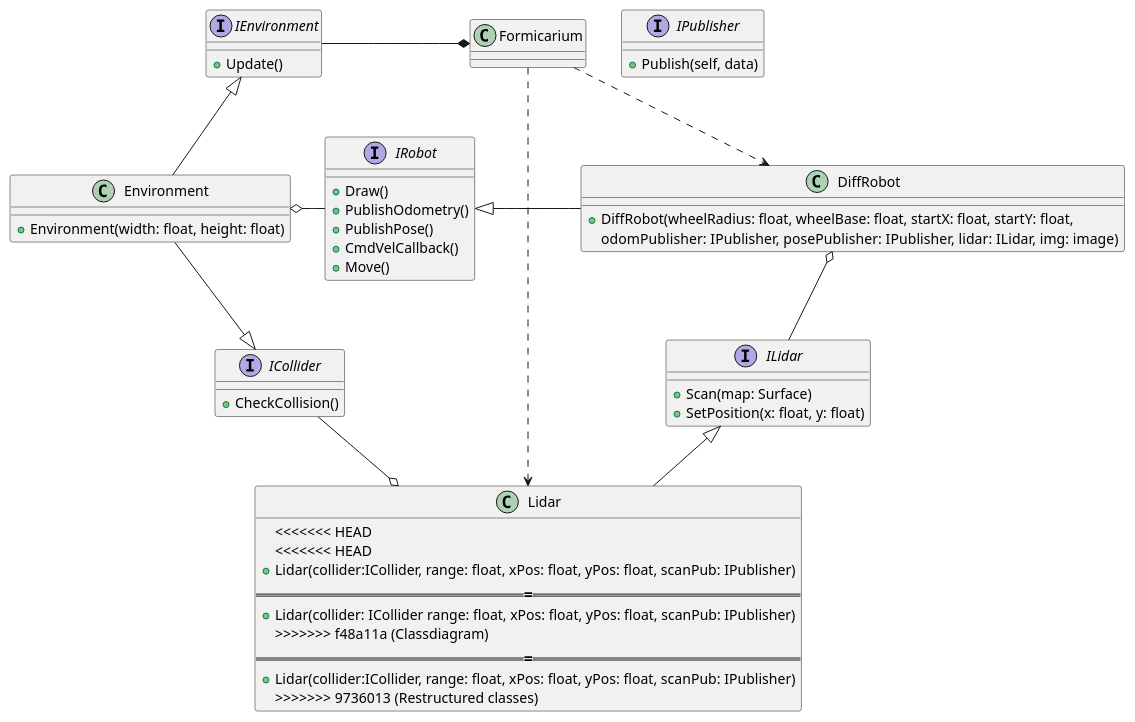
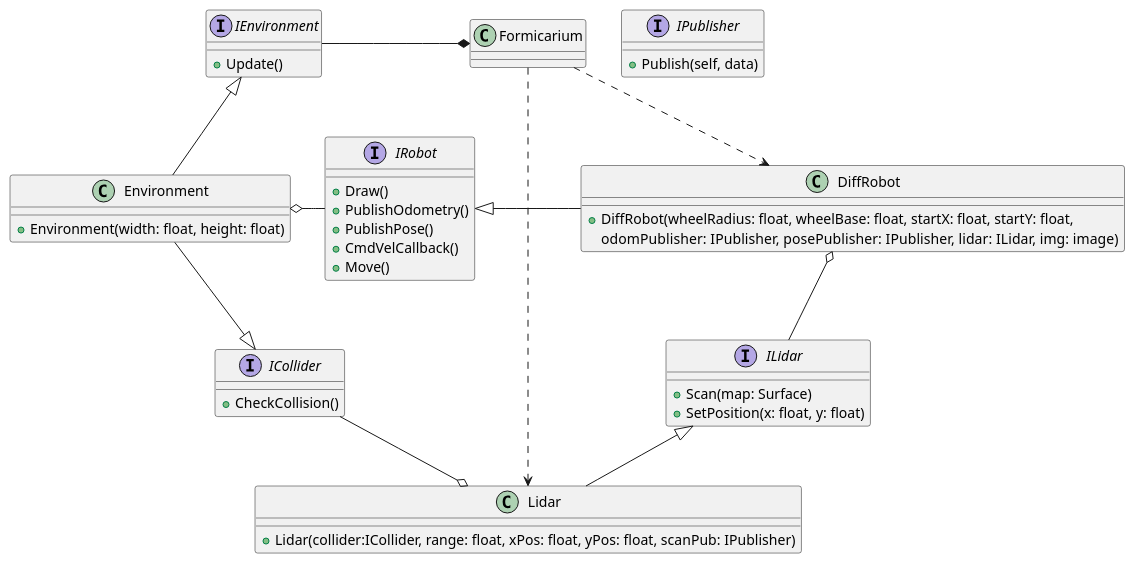
One commit to TeamSolenopsis/Formicarium changed the diagram in design/Classdiagram.puml. Above: the diagram before and after it, drawn with PlantUML. The commit also changed 5 other files, not shown here.

```diff
--- a/design/Classdiagram.puml
+++ b/design/Classdiagram.puml
@@ -1,68 +1,60 @@
 @startuml
 
 class Formicarium{
 
 }
 
 interface IEnvironment{
     +Update()
 }
 
 interface ICollider{
     +CheckCollision()
 }
 
 class Environment{
     +Environment(width: float, height: float)
 }
 
 interface IPublisher{
     +Publish(self, data)
 }
 
 interface IRobot{
     +Draw()
     +PublishOdometry()
     +PublishPose()
     +CmdVelCallback()
     +Move()
 }
 
 class DiffRobot{
     +DiffRobot(wheelRadius: float, wheelBase: float, startX: float, startY: float,
                  odomPublisher: IPublisher, posePublisher: IPublisher, lidar: ILidar, img: image)
 }
 
 interface ILidar{
     +Scan(map: Surface)
     +SetPosition(x: float, y: float)
 }
 
 class Lidar{
-<<<<<<< HEAD
-<<<<<<< HEAD
     +Lidar(collider:ICollider, range: float, xPos: float, yPos: float, scanPub: IPublisher)
-=======
-    +Lidar(collider: ICollider range: float, xPos: float, yPos: float, scanPub: IPublisher)
->>>>>>> f48a11a (Classdiagram)
-=======
-    +Lidar(collider:ICollider, range: float, xPos: float, yPos: float, scanPub: IPublisher)
->>>>>>> 9736013 (Restructured classes)
 }
 
 IEnvironment <|-- Environment
 ICollider <|-left- Environment
 Formicarium *-left- IEnvironment
 Environment o-right- IRobot 
 
 Formicarium ..> Lidar
 Formicarium ..> DiffRobot
 
 IRobot <|-right- DiffRobot
 ILidar <|-- Lidar
 DiffRobot o-- ILidar
 Lidar o-left- ICollider
 
 
 
 @enduml
```
